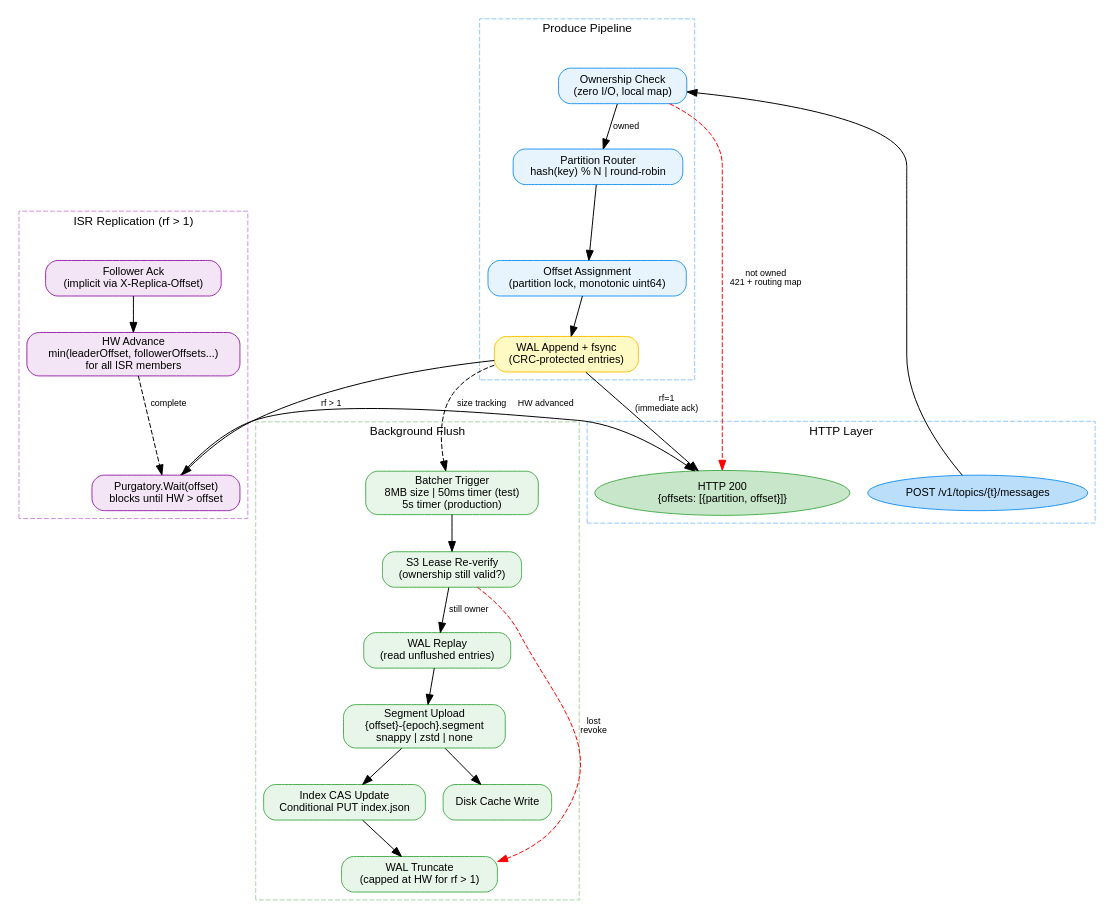
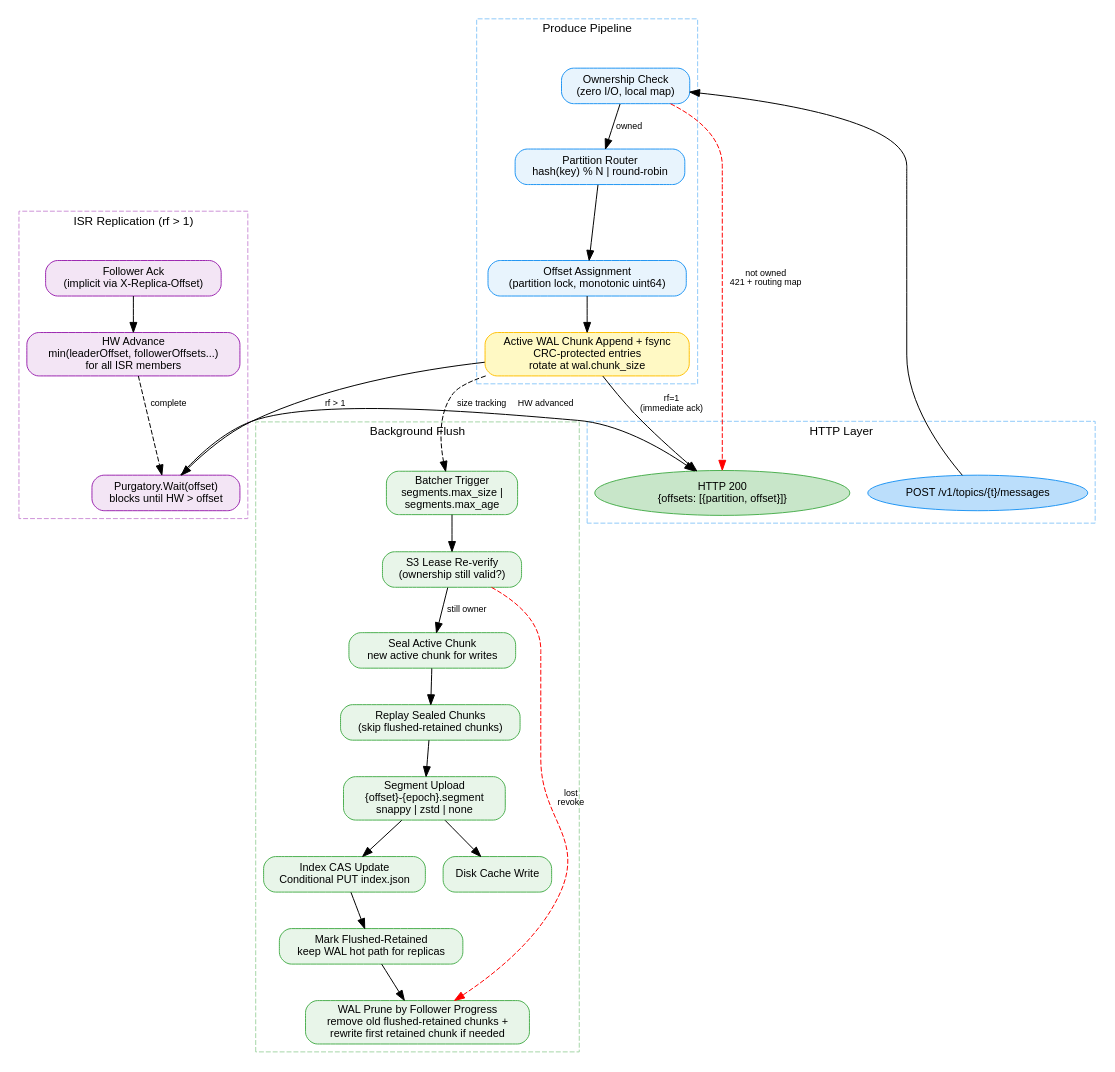
Before and after one commit to fatum/camu: the diagram in docs/diagrams/write-path.dot, drawn with Graphviz. The commit also changed 69 other files, not shown here.

```diff
--- a/docs/diagrams/write-path.dot
+++ b/docs/diagrams/write-path.dot
@@ -1,64 +1,68 @@
 digraph write_path {
     rankdir=TB
     bgcolor="white"
     node [fontname="Helvetica" fontsize=11 style="filled,rounded" shape=box]
     edge [fontname="Helvetica" fontsize=9]
 
     // Colors
     node [fillcolor="#E8F4FD" color="#2196F3"]
 
     subgraph cluster_http {
         label="HTTP Layer" style="dashed" color="#90CAF9" fontname="Helvetica" fontsize=12
         req [label="POST /v1/topics/{t}/messages" shape=oval fillcolor="#BBDEFB"]
         resp [label="HTTP 200\n{offsets: [{partition, offset}]}" shape=oval fillcolor="#C8E6C9" color="#4CAF50"]
     }
 
     subgraph cluster_produce {
         label="Produce Pipeline" style="dashed" color="#90CAF9" fontname="Helvetica" fontsize=12
         ownership [label="Ownership Check\n(zero I/O, local map)"]
         route [label="Partition Router\nhash(key) % N | round-robin"]
         assign [label="Offset Assignment\n(partition lock, monotonic uint64)"]
-        wal [label="WAL Append + fsync\n(CRC-protected entries)" fillcolor="#FFF9C4" color="#FFC107"]
+        wal [label="Active WAL Chunk Append + fsync\nCRC-protected entries\nrotate at wal.chunk_size" fillcolor="#FFF9C4" color="#FFC107"]
     }
 
     subgraph cluster_replication {
         label="ISR Replication (rf > 1)" style="dashed" color="#CE93D8" fontname="Helvetica" fontsize=12
         node [fillcolor="#F3E5F5" color="#9C27B0"]
         purgatory [label="Purgatory.Wait(offset)\nblocks until HW > offset"]
         hw_advance [label="HW Advance\nmin(leaderOffset, followerOffsets...)\nfor all ISR members"]
         follower_ack [label="Follower Ack\n(implicit via X-Replica-Offset)"]
     }
 
     subgraph cluster_flush {
         label="Background Flush" style="dashed" color="#A5D6A7" fontname="Helvetica" fontsize=12
         node [fillcolor="#E8F5E9" color="#4CAF50"]
-        batcher [label="Batcher Trigger\n8MB size | 50ms timer (test)\n5s timer (production)"]
+        batcher [label="Batcher Trigger\nsegments.max_size |\nsegments.max_age"]
         verify [label="S3 Lease Re-verify\n(ownership still valid?)"]
-        replay [label="WAL Replay\n(read unflushed entries)"]
+        seal [label="Seal Active Chunk\nnew active chunk for writes"]
+        replay [label="Replay Sealed Chunks\n(skip flushed-retained chunks)"]
         segment [label="Segment Upload\n{offset}-{epoch}.segment\nsnappy | zstd | none"]
         cache [label="Disk Cache Write"]
         index_update [label="Index CAS Update\nConditional PUT index.json"]
-        truncate [label="WAL Truncate\n(capped at HW for rf > 1)"]
+        mark_flushed [label="Mark Flushed-Retained\nkeep WAL hot path for replicas"]
+        truncate [label="WAL Prune by Follower Progress\nremove old flushed-retained chunks +\nrewrite first retained chunk if needed"]
     }
 
     // Flow
     req -> ownership
     ownership -> route [label="owned"]
     ownership -> resp [label="not owned\n421 + routing map" style=dashed color=red]
     route -> assign
     assign -> wal
     wal -> resp [label="rf=1\n(immediate ack)"]
     wal -> purgatory [label="rf > 1"]
     follower_ack -> hw_advance
     hw_advance -> purgatory [label="complete" style=dashed]
     purgatory -> resp [label="HW advanced"]
 
     wal -> batcher [style=dashed label="size tracking"]
     batcher -> verify
-    verify -> replay [label="still owner"]
+    verify -> seal [label="still owner"]
     verify -> truncate [label="lost\nrevoke" style=dashed color=red]
+    seal -> replay
     replay -> segment
     segment -> cache
     segment -> index_update
-    index_update -> truncate
+    index_update -> mark_flushed
+    mark_flushed -> truncate
 }
```
